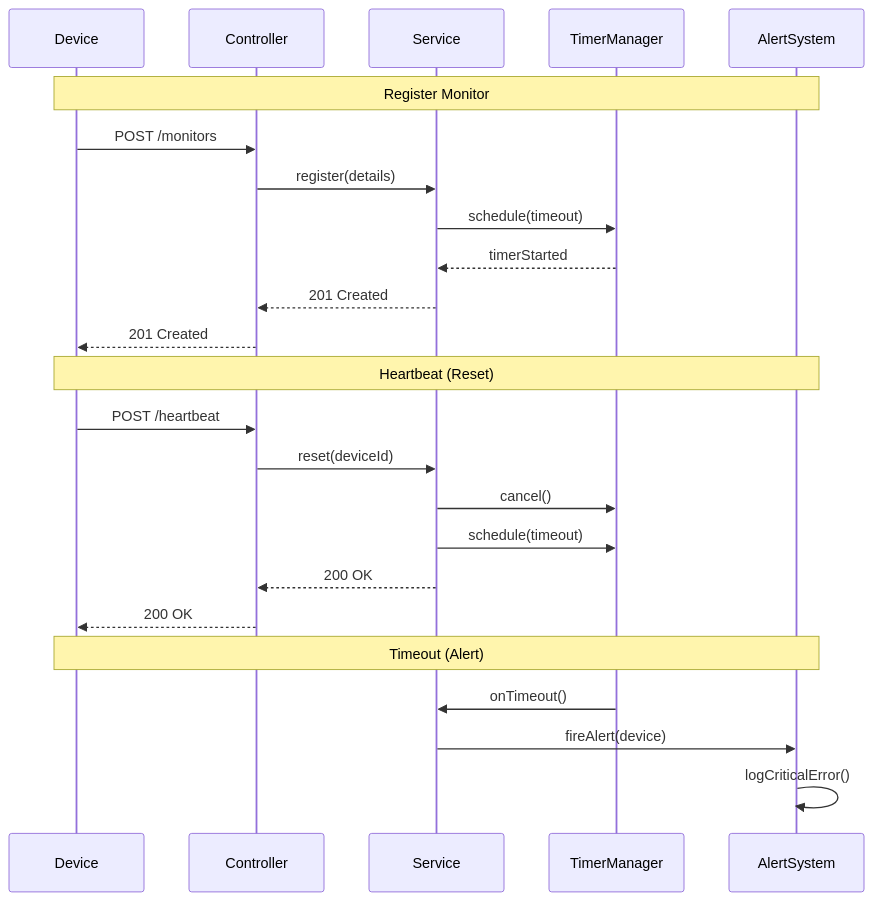
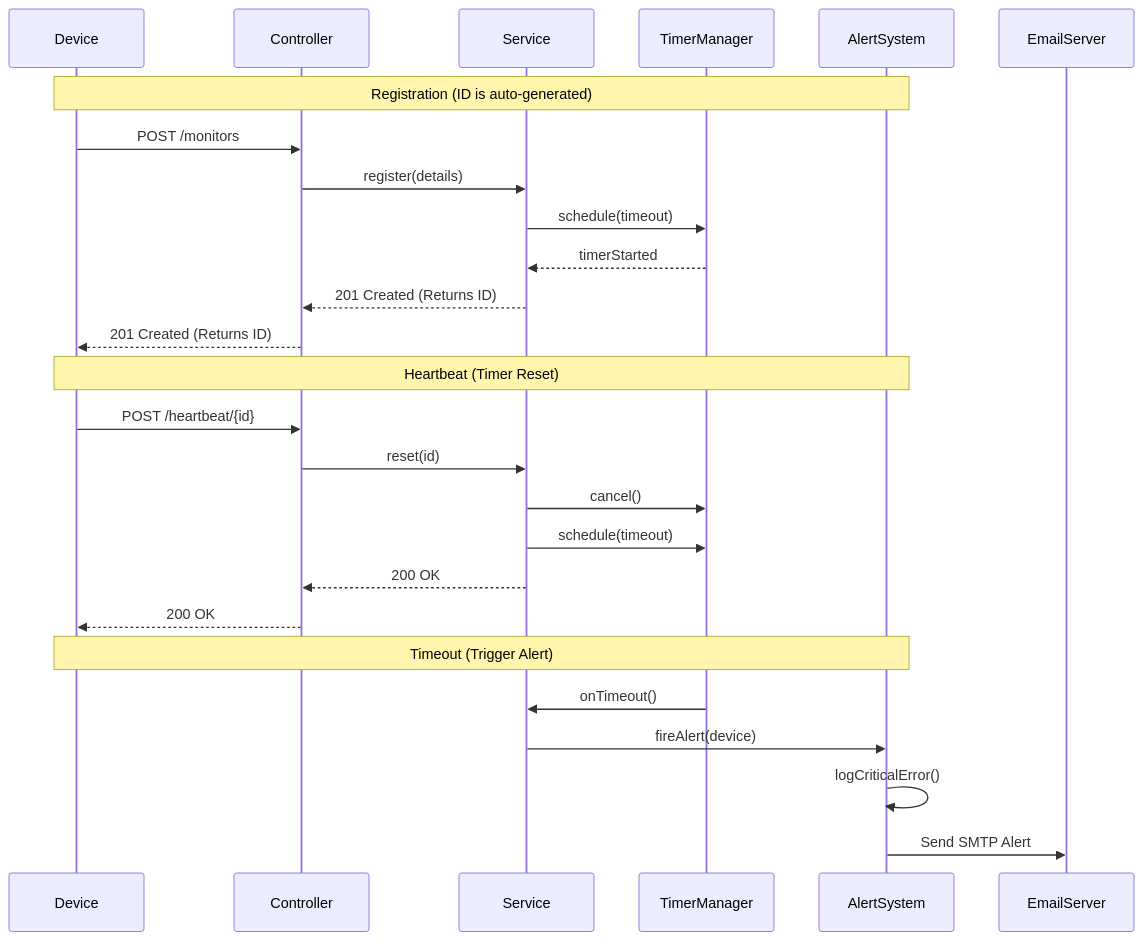
One commit to UwayoOlga/Pulse-Check-API-Watchdog-Sentinel- changed the first of 2 diagrams in README.md. Above: the diagram before and after it, drawn with Mermaid. The commit also changed other lines of this file and 18 other files, not shown here.

````diff
--- a/README.md
+++ b/README.md
@@ -9,29 +15,30 @@
 ```mermaid
 sequenceDiagram
     participant Device
     participant Controller
     participant Service
     participant TimerManager
     participant AlertSystem
 
-    Note over Device, AlertSystem: Register Monitor
+    Note over Device, AlertSystem: Registration (ID is auto-generated)
     Device->>Controller: POST /monitors
     Controller->>Service: register(details)
     Service->>TimerManager: schedule(timeout)
     TimerManager-->>Service: timerStarted
-    Service-->>Controller: 201 Created
-    Controller-->>Device: 201 Created
+    Service-->>Controller: 201 Created (Returns ID)
+    Controller-->>Device: 201 Created (Returns ID)
 
-    Note over Device, AlertSystem: Heartbeat (Reset)
-    Device->>Controller: POST /heartbeat
-    Controller->>Service: reset(deviceId)
+    Note over Device, AlertSystem: Heartbeat (Timer Reset)
+    Device->>Controller: POST /heartbeat/{id}
+    Controller->>Service: reset(id)
     Service->>TimerManager: cancel()
     Service->>TimerManager: schedule(timeout)
     Service-->>Controller: 200 OK
     Controller-->>Device: 200 OK
 
-    Note over Device, AlertSystem: Timeout (Alert)
+    Note over Device, AlertSystem: Timeout (Trigger Alert)
     TimerManager->>Service: onTimeout()
     Service->>AlertSystem: fireAlert(device)
     AlertSystem->>AlertSystem: logCriticalError()
+    AlertSystem->>EmailServer: Send SMTP Alert
 ```
````
